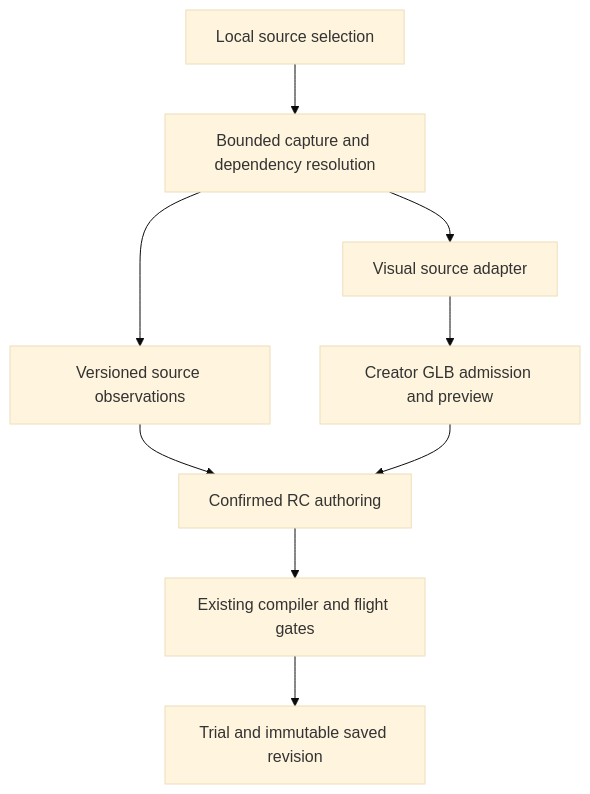
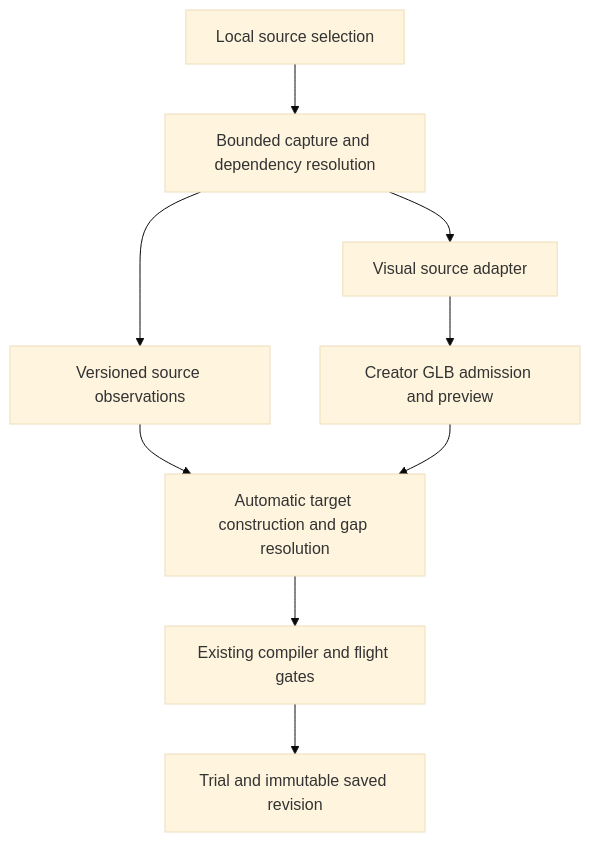
One commit to bultodepapas/OpenRCsimulator changed the diagram in docs/plans/flight-simulator-aircraft-import.md. Above: the diagram before and after it, drawn with Mermaid (base theme). The commit also changed other lines of this file and 13 other files, not shown here.

````diff
--- a/docs/plans/flight-simulator-aircraft-import.md
+++ b/docs/plans/flight-simulator-aircraft-import.md
@@ -76,11 +80,11 @@
 ```mermaid
 flowchart TD
     A["Local source selection"] --> B["Bounded capture and dependency resolution"]
     B --> C["Visual source adapter"]
     B --> D["Versioned source observations"]
     C --> E["Creator GLB admission and preview"]
-    D --> F["Confirmed RC authoring"]
+    D --> F["Automatic target construction and gap resolution"]
     E --> F
     F --> G["Existing compiler and flight gates"]
     G --> H["Trial and immutable saved revision"]
 ```
````
